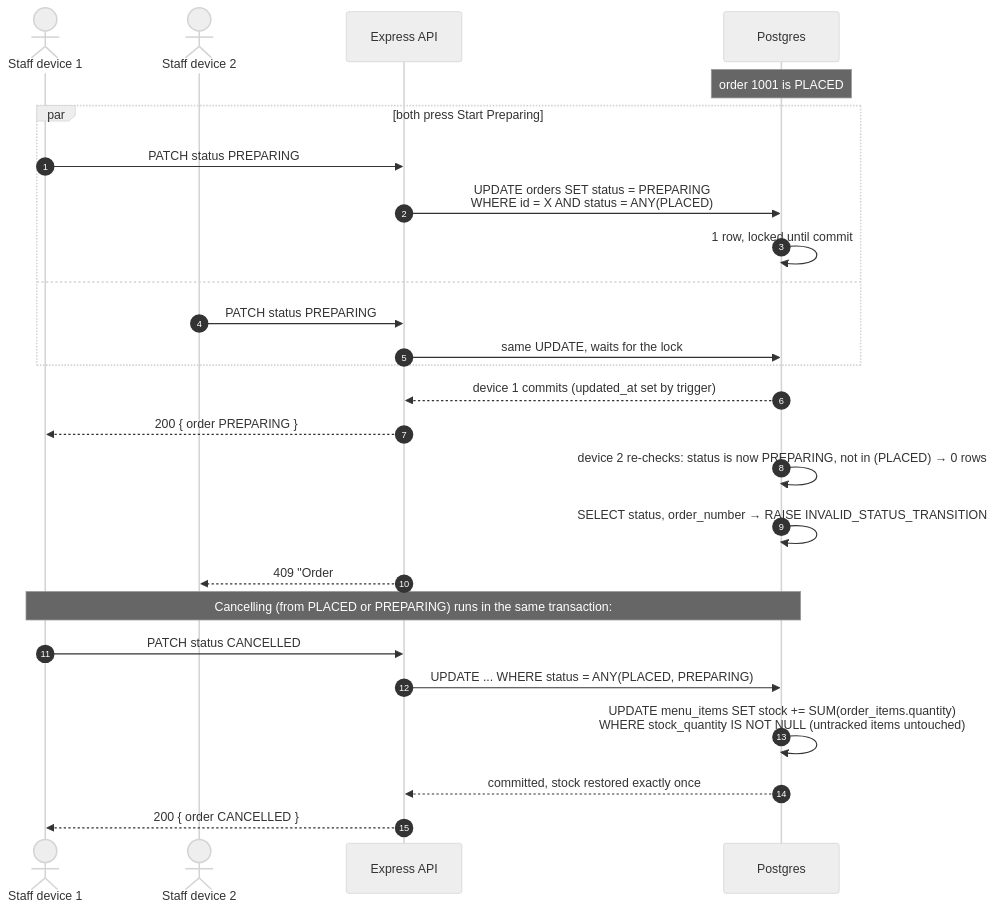
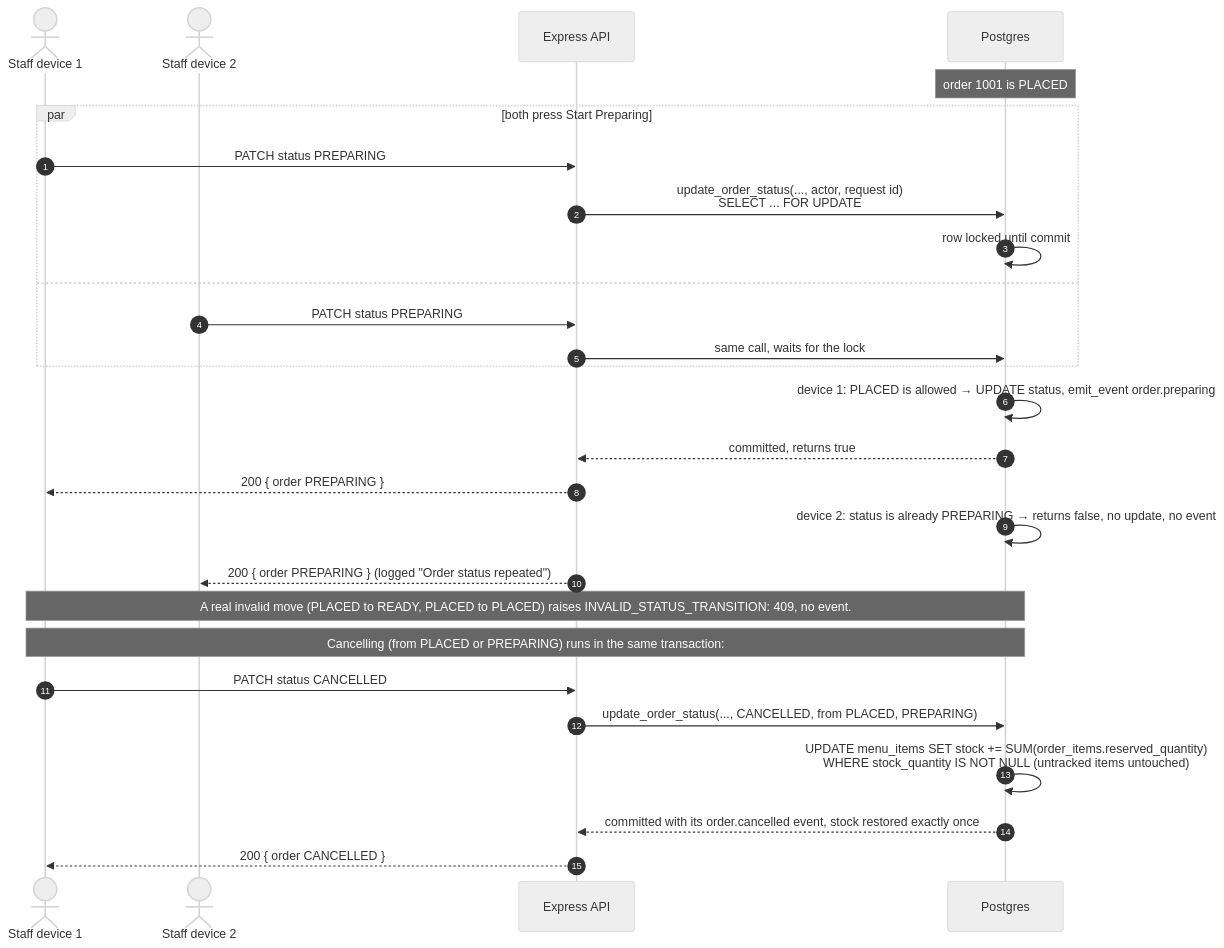
Diagram 22 of 28 in docs/ARCHITECTURE.md (The-KhaNha/KhaNha), drawn with Mermaid (neutral theme) before and after one commit. The commit also changed other lines of this file and 268 other files, not shown here.

````diff
--- a/docs/ARCHITECTURE.md
+++ b/docs/ARCHITECTURE.md
@@ -781,30 +822,31 @@
 ```mermaid
 sequenceDiagram
   autonumber
   actor S1 as Staff device 1
   actor S2 as Staff device 2
   participant API as Express API
   participant DB as Postgres
 
   Note over DB: order 1001 is PLACED
   par both press Start Preparing
     S1->>API: PATCH status PREPARING
-    API->>DB: UPDATE orders SET status = PREPARING<br/>WHERE id = X AND status = ANY(PLACED)
-    DB->>DB: 1 row, locked until commit
+    API->>DB: update_order_status(..., actor, request id)<br/>SELECT ... FOR UPDATE
+    DB->>DB: row locked until commit
   and
     S2->>API: PATCH status PREPARING
-    API->>DB: same UPDATE, waits for the lock
+    API->>DB: same call, waits for the lock
   end
-  DB-->>API: device 1 commits (updated_at set by trigger)
+  DB->>DB: device 1: PLACED is allowed → UPDATE status, emit_event order.preparing
+  DB-->>API: committed, returns true
   API-->>S1: 200 { order PREPARING }
-  DB->>DB: device 2 re-checks: status is now PREPARING, not in (PLACED) → 0 rows
-  DB->>DB: SELECT status, order_number → RAISE INVALID_STATUS_TRANSITION
-  API-->>S2: 409 "Order #1001 cannot move from PREPARING to PREPARING."
+  DB->>DB: device 2: status is already PREPARING → returns false, no update, no event
+  API-->>S2: 200 { order PREPARING } (logged "Order status repeated")
 
+  Note over S1,DB: A real invalid move (PLACED to READY, PLACED to PLACED) raises INVALID_STATUS_TRANSITION: 409, no event.
   Note over S1,DB: Cancelling (from PLACED or PREPARING) runs in the same transaction:
   S1->>API: PATCH status CANCELLED
-  API->>DB: UPDATE ... WHERE status = ANY(PLACED, PREPARING)
-  DB->>DB: UPDATE menu_items SET stock += SUM(order_items.quantity)<br/>WHERE stock_quantity IS NOT NULL (untracked items untouched)
-  DB-->>API: committed, stock restored exactly once
+  API->>DB: update_order_status(..., CANCELLED, from PLACED, PREPARING)
+  DB->>DB: UPDATE menu_items SET stock += SUM(order_items.reserved_quantity)<br/>WHERE stock_quantity IS NOT NULL (untracked items untouched)
+  DB-->>API: committed with its order.cancelled event, stock restored exactly once
   API-->>S1: 200 { order CANCELLED }
 ```
````
